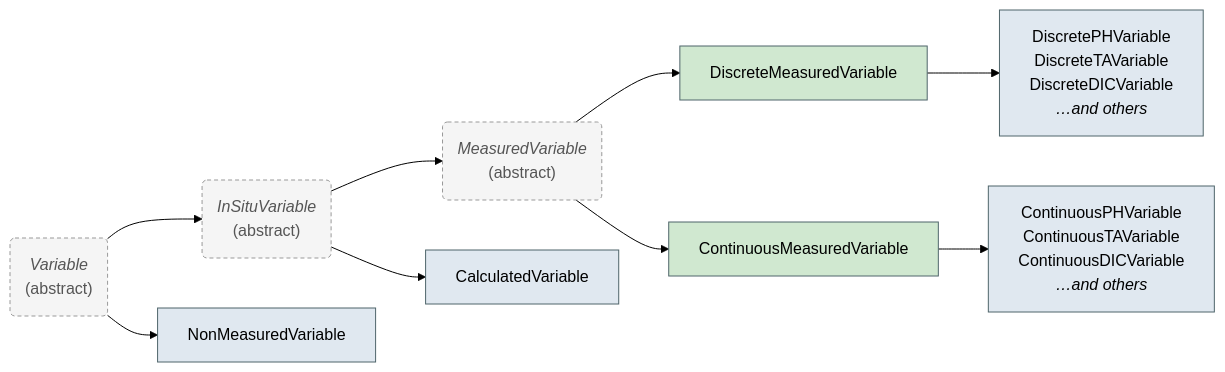
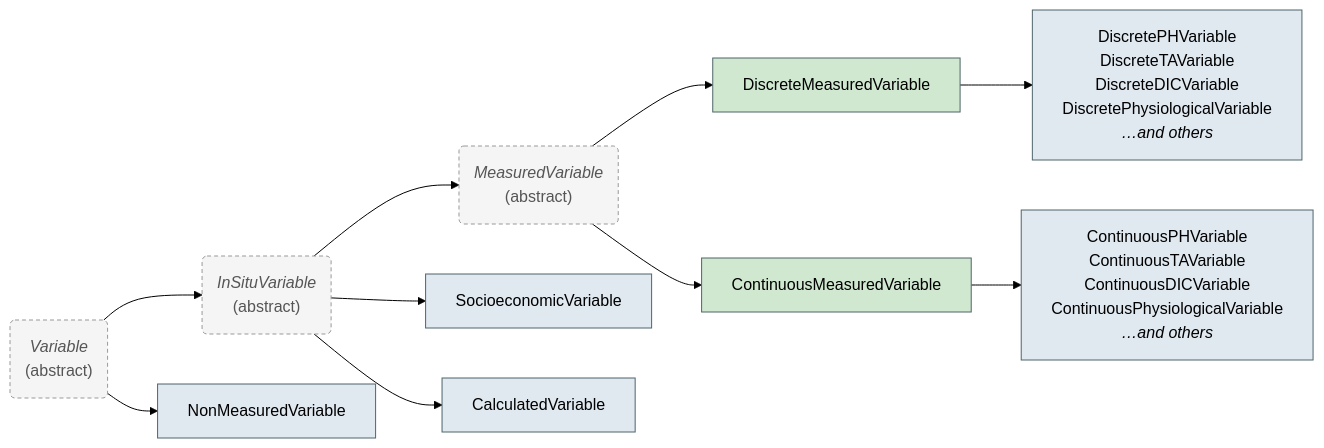
The diagram in src/docs/files/Variables/index.md (submarine-mrv/oae-data-protocol), drawn with Mermaid (forest theme) before and after one commit. The commit also changed other lines of this file and 5 other files, not shown here.

First line of the commit message:
feat: add Physiological and Socioeconomic variable types (#30)

````diff
--- a/src/docs/files/Variables/index.md
+++ b/src/docs/files/Variables/index.md
@@ -7,37 +7,41 @@
 ```mermaid
 graph LR
     V("`*Variable*
     (abstract)`")
     ISV("`*InSituVariable*
     (abstract)`")
     MV("`*MeasuredVariable*
     (abstract)`")
     NMV["NonMeasuredVariable"]
+    SEV["SocioeconomicVariable"]
     CV["CalculatedVariable"]
     DM["DiscreteMeasuredVariable"]
     CM["ContinuousMeasuredVariable"]
     DPH["`DiscretePHVariable
     DiscreteTAVariable
     DiscreteDICVariable
+    DiscretePhysiologicalVariable
     *…and others*`"]
     CPH["`ContinuousPHVariable
     ContinuousTAVariable
     ContinuousDICVariable
+    ContinuousPhysiologicalVariable
     *…and others*`"]
 
     V --> NMV
     V --> ISV
+    ISV --> SEV
     ISV --> CV
     ISV --> MV
     MV --> DM
     MV --> CM
     DM --> DPH
     CM --> CPH
 
     classDef abstract fill:#f5f5f5,stroke:#999,stroke-dasharray: 4 3,color:#555
     classDef concrete fill:#e0e8f0,stroke:#4F656A
     classDef leaf fill:#d0e8d0,stroke:#4F656A
     class V,ISV,MV abstract
-    class NMV,CV,DPH,CPH concrete
+    class NMV,SEV,CV,DPH,CPH concrete
     class DM,CM leaf
 ```
````
